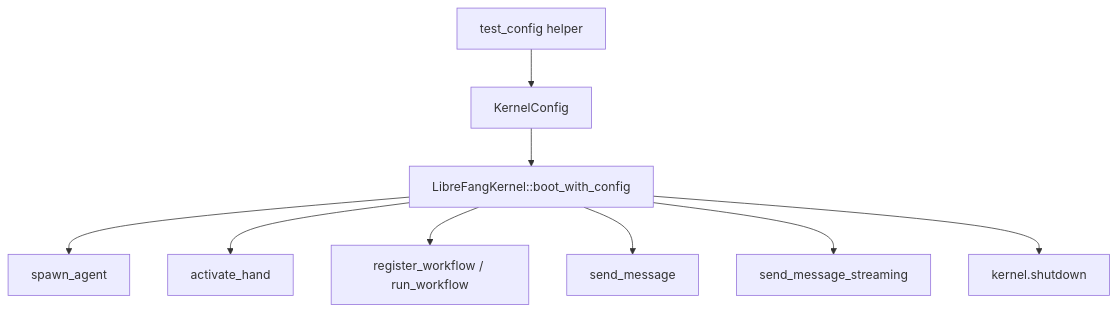
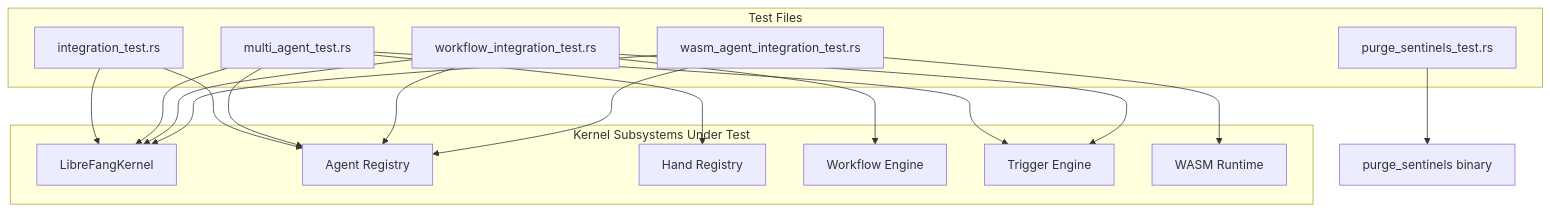
The diagram in other-librefang-kernel-tests.md (leszek3737/librefang-WIki), drawn with Mermaid before and after one commit. The commit also changed other lines of this file and 118 other files, not shown here.

````diff
--- a/other-librefang-kernel-tests.md
+++ b/other-librefang-kernel-tests.md
@@ -33,11 +21,32 @@
 ```mermaid
 graph TD
-    TC[test_config helper] --> KC[KernelConfig]
-    KC --> BK[LibreFangKernel::boot_with_config]
-    BK --> SA[spawn_agent]
-    BK --> AH[activate_hand]
-    BK --> RW[register_workflow / run_workflow]
-    BK --> SM[send_message]
-    BK --> SM2[send_message_streaming]
-    BK --> SD[kernel.shutdown]
+    subgraph "Test Files"
+        IT[integration_test.rs]
+        MA[multi_agent_test.rs]
+        PS[purge_sentinels_test.rs]
+        WA[wasm_agent_integration_test.rs]
+        WI[workflow_integration_test.rs]
+    end
+    subgraph "Kernel Subsystems Under Test"
+        K[LibreFangKernel]
+        AR[Agent Registry]
+        HR[Hand Registry]
+        WE[Workflow Engine]
+        TE[Trigger Engine]
+        WV[WASM Runtime]
+    end
+    IT --> K
+    IT --> AR
+    MA --> K
+    MA --> HR
+    MA --> AR
+    MA --> TE
+    WI --> K
+    WI --> WE
+    WI --> AR
+    WI --> TE
+    WA --> K
+    WA --> WV
+    WA --> AR
+    PS --> BIN[purge_sentinels binary]
 ```
````
